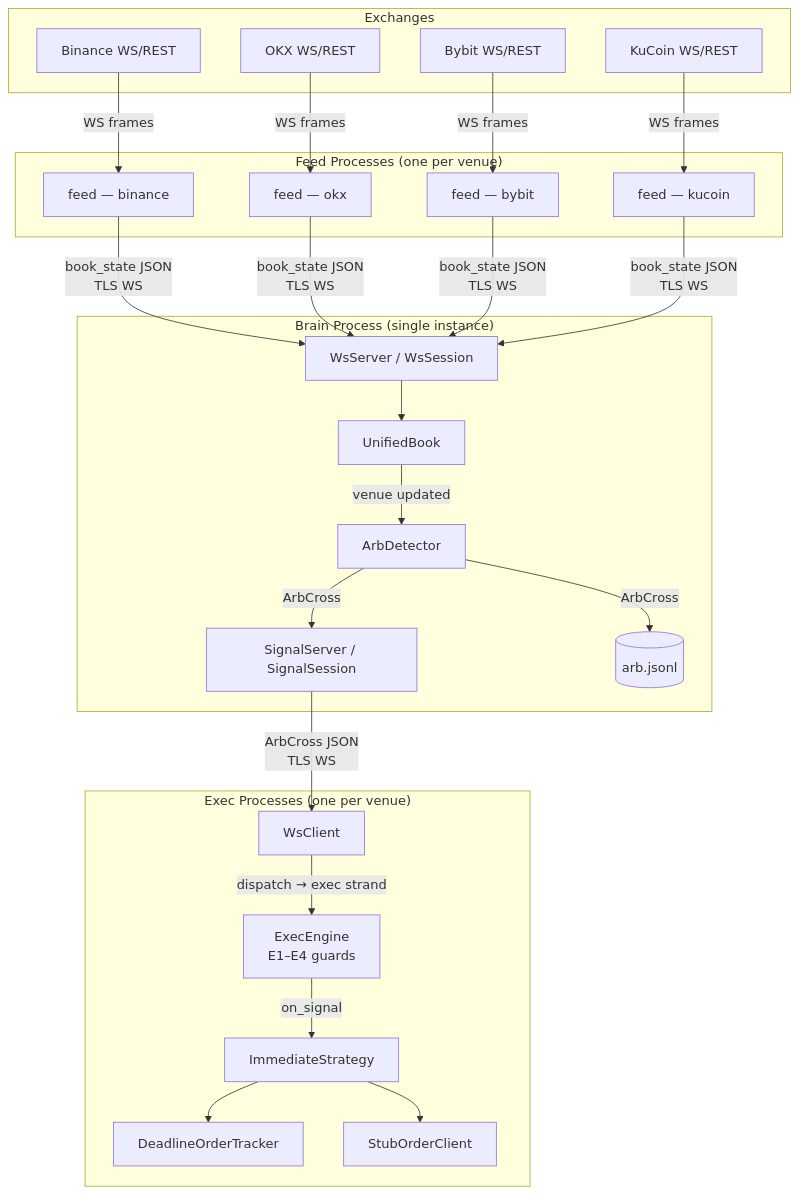
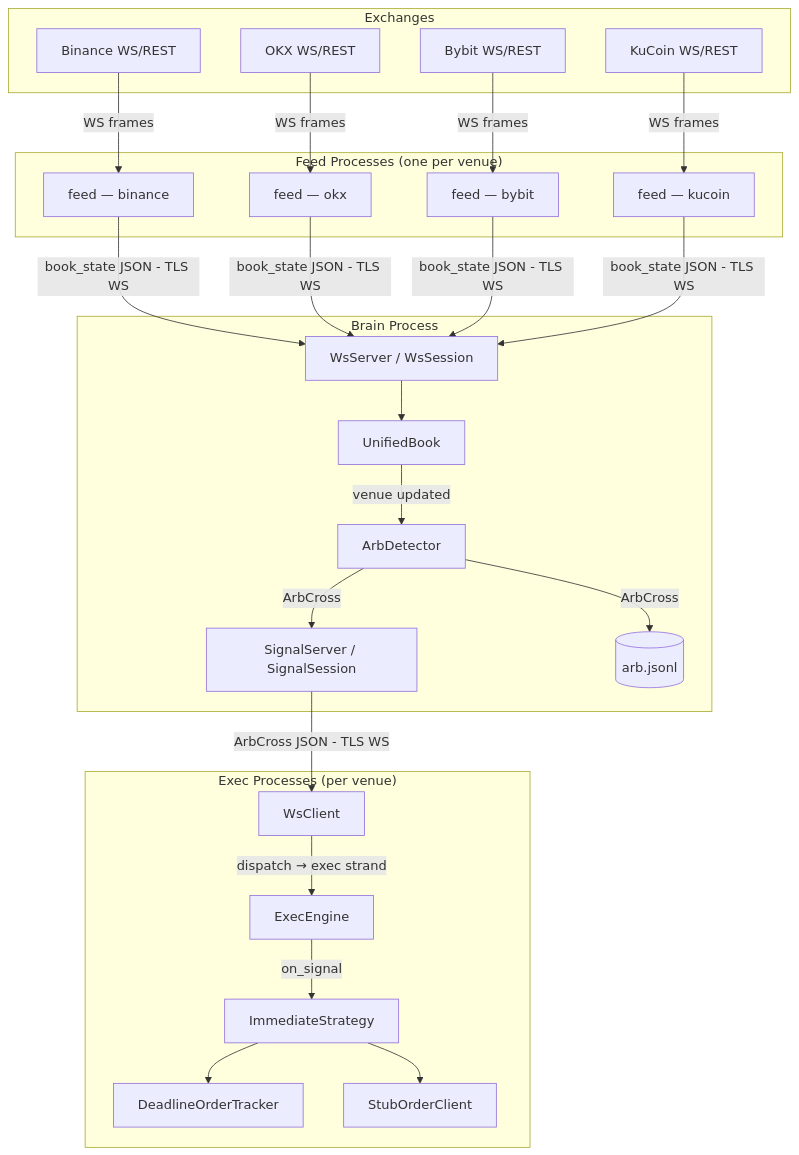
The first of 6 diagrams in docs/DIAGRAMS.md (fkonrad97/zidaBot), drawn with Mermaid before and after one commit. The commit also changed other lines of this file and 3 other files, not shown here.

Commit message:
feat: Refactor SignalServer and update exec process entry point

````diff
--- a/docs/DIAGRAMS.md
+++ b/docs/DIAGRAMS.md
@@ -11,53 +11,53 @@
 ```mermaid
 graph TB
     subgraph Exchanges
         EX1[Binance WS/REST]
         EX2[OKX WS/REST]
         EX3[Bybit WS/REST]
         EX4[KuCoin WS/REST]
     end
 
     subgraph Feed Processes ["Feed Processes  (one per venue)"]
         F1[feed — binance]
         F2[feed — okx]
         F3[feed — bybit]
         F4[feed — kucoin]
     end
 
-    subgraph Brain ["Brain Process  (single instance)"]
+    subgraph Brain ["Brain Process"]
         WS[WsServer / WsSession]
         UB[UnifiedBook]
         AD[ArbDetector]
         SS[SignalServer / SignalSession]
         JSONL[(arb.jsonl)]
     end
 
-    subgraph Exec ["Exec Processes  (one per venue)"]
+    subgraph Exec ["Exec Processes (per venue)"]
         WC[WsClient]
-        EE[ExecEngine\nE1–E4 guards]
+        EE[ExecEngine]
         IS[ImmediateStrategy]
         OT[DeadlineOrderTracker]
         OC[StubOrderClient]
     end
 
     EX1 -->|WS frames| F1
     EX2 -->|WS frames| F2
     EX3 -->|WS frames| F3
     EX4 -->|WS frames| F4
 
-    F1 -->|book_state JSON\nTLS WS| WS
-    F2 -->|book_state JSON\nTLS WS| WS
-    F3 -->|book_state JSON\nTLS WS| WS
-    F4 -->|book_state JSON\nTLS WS| WS
+    F1 -->|book_state JSON - TLS WS| WS
+    F2 -->|book_state JSON - TLS WS| WS
+    F3 -->|book_state JSON - TLS WS| WS
+    F4 -->|book_state JSON - TLS WS| WS
 
     WS --> UB
     UB -->|venue updated| AD
     AD -->|ArbCross| SS
     AD -->|ArbCross| JSONL
 
-    SS -->|ArbCross JSON\nTLS WS| WC
+    SS -->|ArbCross JSON - TLS WS| WC
     WC -->|dispatch → exec strand| EE
     EE -->|on_signal| IS
     IS --> OT
     IS --> OC
 ```
````
